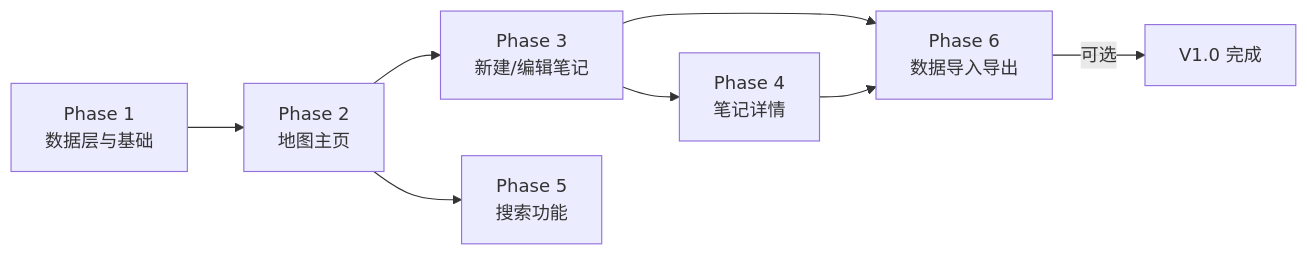
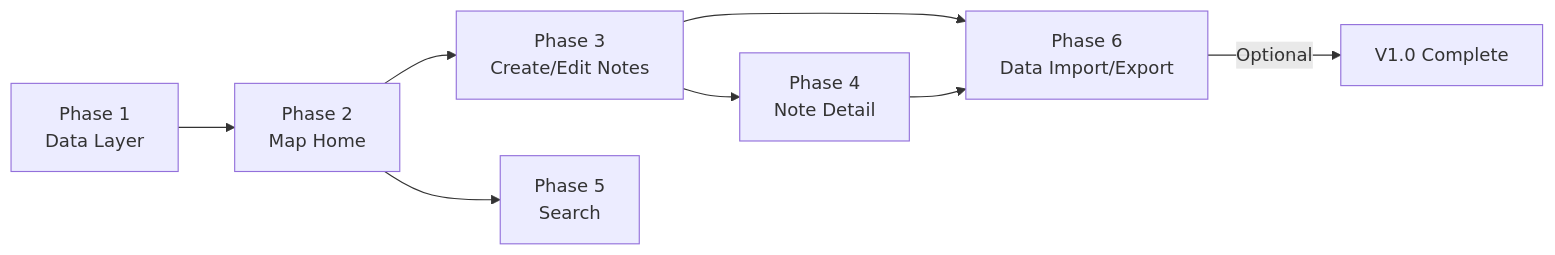
The first of 2 diagrams in Docs/DevelopmentPlan/README.md (ohnowho/ohnowho-app), drawn with Mermaid before and after one commit. The commit also changed other lines of this file and 23 other files, not shown here.

````diff
--- a/Docs/DevelopmentPlan/README.md
+++ b/Docs/DevelopmentPlan/README.md
@@ -9,10 +9,10 @@
 ```mermaid
 flowchart LR
-    P1[Phase 1<br/>数据层与基础] --> P2[Phase 2<br/>地图主页]
-    P2 --> P3[Phase 3<br/>新建/编辑笔记]
-    P3 --> P4[Phase 4<br/>笔记详情]
-    P2 --> P5[Phase 5<br/>搜索功能]
-    P6[Phase 6<br/>数据导入导出] -->|可选| FIN[V1.0 完成]
+    P1[Phase 1<br/>Data Layer] --> P2[Phase 2<br/>Map Home]
+    P2 --> P3[Phase 3<br/>Create/Edit Notes]
+    P3 --> P4[Phase 4<br/>Note Detail]
+    P2 --> P5[Phase 5<br/>Search]
+    P6[Phase 6<br/>Data Import/Export] -->|Optional| FIN[V1.0 Complete]
     P3 --> P6
     P4 --> P6
 ```
````
